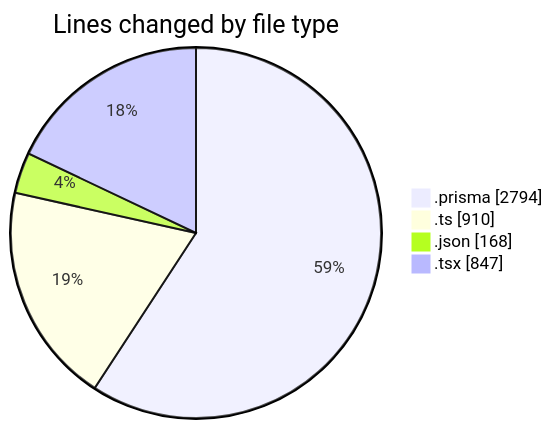
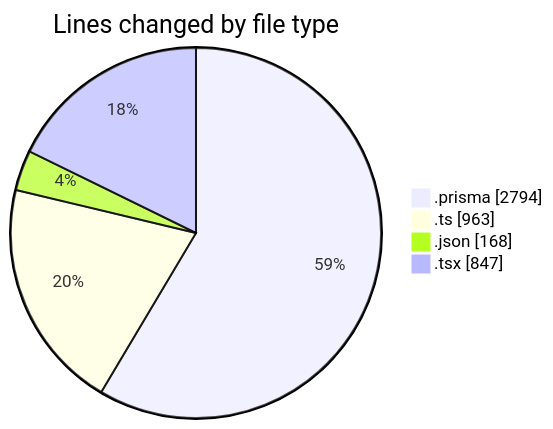
The first of 2 diagrams in 2025-05-01/ecodeli/README.md (CELIANVF/code-tracking), drawn with Mermaid before and after one commit. The commit also changed other lines of this file and 1 other file, not shown here.

````diff
--- a/2025-05-01/ecodeli/README.md
+++ b/2025-05-01/ecodeli/README.md
@@ -28,8 +29,8 @@
 ```mermaid
 pie showData
 title Lines changed by file type
 ".prisma" : 2794
-".ts" : 910
+".ts" : 963
 ".json" : 168
 ".tsx" : 847
 ```
````
